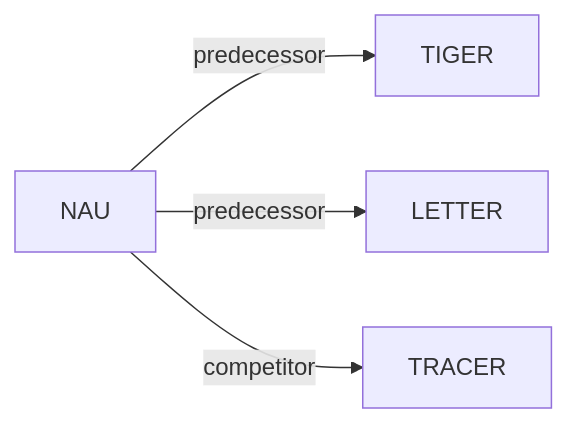
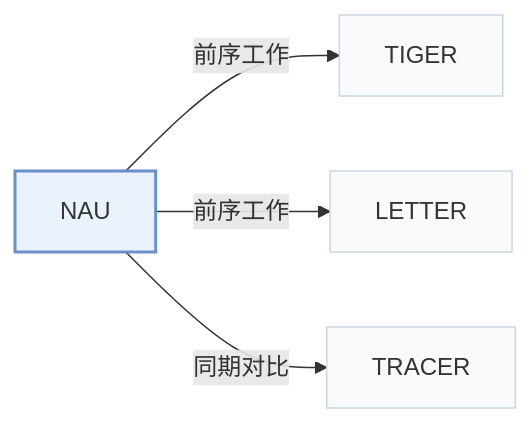
Before and after one commit to Galaxy-ghost/Awesome-SID-Generative-Rec: the second of 2 diagrams in pages/zh/papers/nau.md, drawn with Mermaid. The commit also changed other lines of this file and 649 other files, not shown here.

Commit message:
writer-05: also tags and modality index (schema, check, build, visuals); summary field removed; calibration data for 12 papers

````diff
--- a/pages/zh/papers/nau.md
+++ b/pages/zh/papers/nau.md
@@ -68,7 +72,11 @@
 ```mermaid
 flowchart LR
     P["NAU"]
-    P -->|predecessor| A["TIGER"]
-    P -->|predecessor| B["LETTER"]
-    P -->|competitor| C["TRACER"]
+    P -->|"前序工作"| A["TIGER"]
+    P -->|"前序工作"| B["LETTER"]
+    P -->|"同期对比"| C["TRACER"]
+    classDef main fill:#eaf2fb,stroke:#6b8fc7,stroke-width:2px
+    classDef peer fill:#f8fafc,stroke:#cbd5e1
+    class P main
+    class A,B,C peer
 ```
````
